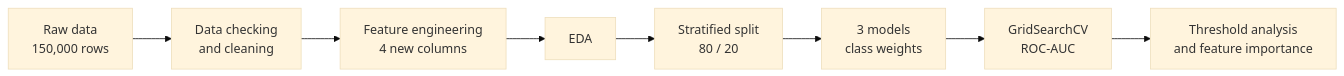
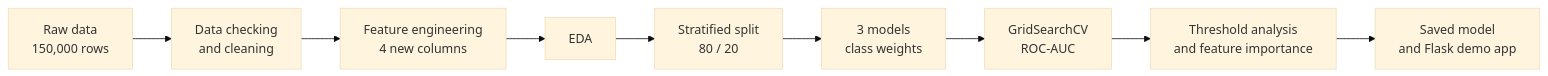
One commit to mrpaul-10/CodeAlpha_CreditScoringModel changed the first of 2 diagrams in README.md. Above: the diagram before and after it, drawn with Mermaid (base theme). The commit also changed other lines of this file, not shown here.

````diff
--- a/README.md
+++ b/README.md
@@ -30,10 +31,11 @@
 ```mermaid
 flowchart LR
     A[Raw data<br/>150,000 rows] --> B[Data checking<br/>and cleaning]
     B --> C[Feature engineering<br/>4 new columns]
     C --> D[EDA]
     D --> E[Stratified split<br/>80 / 20]
     E --> F[3 models<br/>class weights]
     F --> G[GridSearchCV<br/>ROC-AUC]
     G --> H[Threshold analysis<br/>and feature importance]
+    H --> I[Saved model<br/>and Flask demo app]
 ```
````
